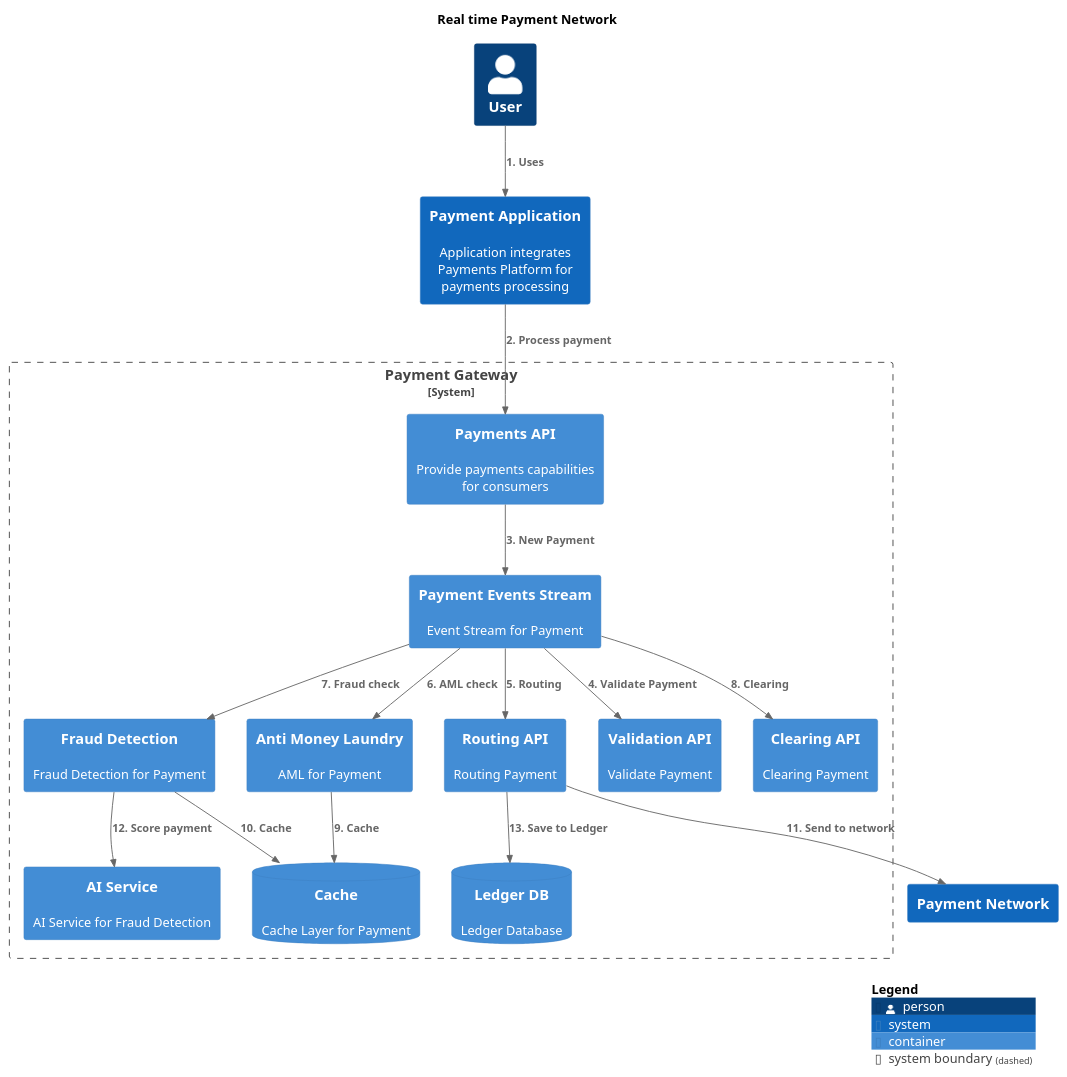
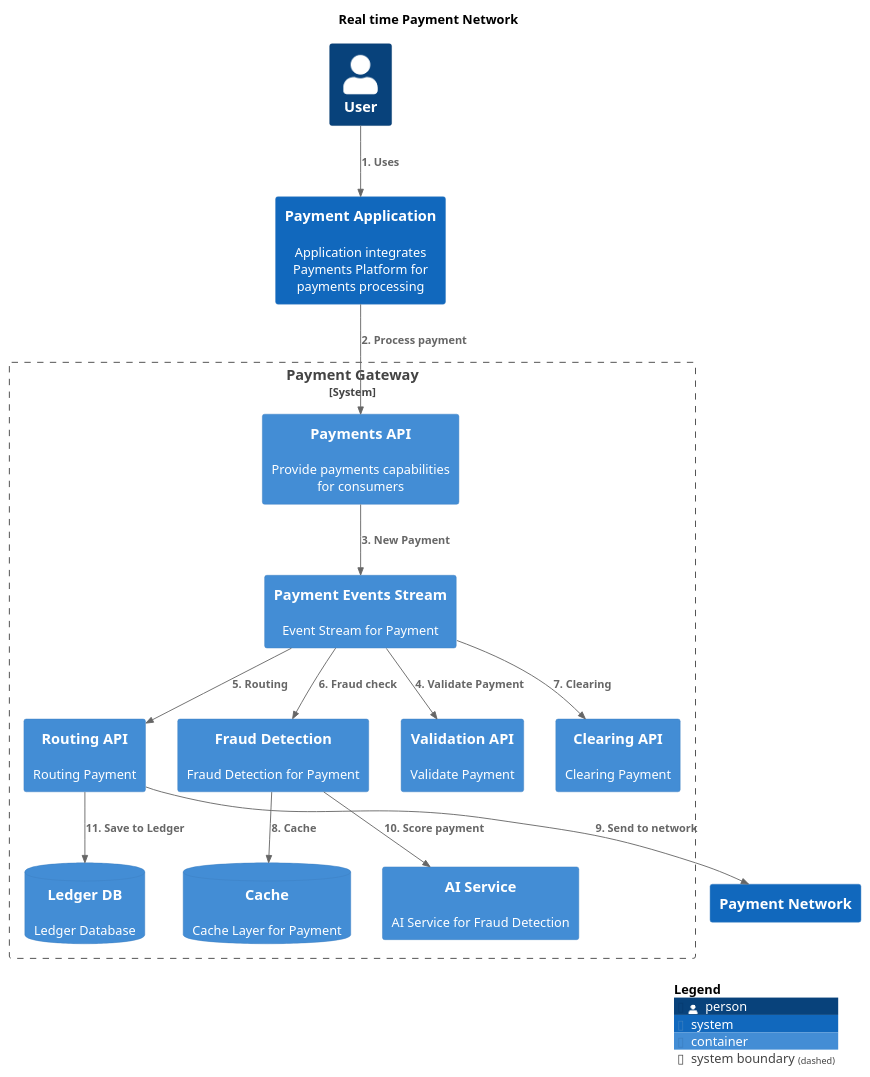
One commit to mmelnyk-godaddy/architecture-repository changed the diagram in master/puml/RealTimePaymentNetworkFlow.puml. Above: the diagram before and after it, drawn with PlantUML. The commit also changed 27 other files, not shown here.

Commit message:
Deploying to gh-pages from @ mmelnyk-godaddy/architecture-repository@c30017acba7426f622760dd580a4e1645b163e97 🚀

```diff
--- a/master/puml/RealTimePaymentNetworkFlow.puml
+++ b/master/puml/RealTimePaymentNetworkFlow.puml
@@ -1,43 +1,40 @@
 @startuml
 set separator none
 title Real time Payment Network
 
 top to bottom direction
 
 !include <C4/C4>
 !include <C4/C4_Context>
 !include <C4/C4_Container>
 
 System_Boundary("PaymentGateway_boundary", "Payment Gateway", $tags="") {
   Container(PaymentGateway.PaymentEventsStream, "Payment Events Stream", $techn="", $descr="Event Stream for Payment", $tags="", $link="")
   ContainerDb(PaymentGateway.Cache, "Cache", $techn="", $descr="Cache Layer for Payment", $tags="", $link="")
   Container(PaymentGateway.RoutingAPI, "Routing API", $techn="", $descr="Routing Payment", $tags="", $link="")
-  Container(PaymentGateway.AntiMoneyLaundry, "Anti Money Laundry", $techn="", $descr="AML for Payment", $tags="", $link="")
   Container(PaymentGateway.FraudDetection, "Fraud Detection", $techn="", $descr="Fraud Detection for Payment", $tags="", $link="")
   Container(PaymentGateway.AIService, "AI Service", $techn="", $descr="AI Service for Fraud Detection", $tags="", $link="")
   ContainerDb(PaymentGateway.LedgerDB, "Ledger DB", $techn="", $descr="Ledger Database", $tags="", $link="")
   Container(PaymentGateway.PaymentsAPI, "Payments API", $techn="", $descr="Provide payments capabilities for consumers", $tags="", $link="")
   Container(PaymentGateway.ValidationAPI, "Validation API", $techn="", $descr="Validate Payment", $tags="", $link="")
   Container(PaymentGateway.ClearingAPI, "Clearing API", $techn="", $descr="Clearing Payment", $tags="", $link="")
 }
 
 Person(User, "User", $descr="", $tags="", $link="")
 System(PaymentApplication, "Payment Application", $descr="Application integrates Payments Platform for payments processing", $tags="", $link="")
 System(PaymentNetwork, "Payment Network", $descr="", $tags="", $link="")
 
 Rel(User, PaymentApplication, "1. Uses", $techn="", $tags="", $link="")
 Rel(PaymentApplication, PaymentGateway.PaymentsAPI, "2. Process payment", $techn="", $tags="", $link="")
 Rel(PaymentGateway.PaymentsAPI, PaymentGateway.PaymentEventsStream, "3. New Payment", $techn="", $tags="", $link="")
 Rel(PaymentGateway.PaymentEventsStream, PaymentGateway.ValidationAPI, "4. Validate Payment", $techn="", $tags="", $link="")
 Rel(PaymentGateway.PaymentEventsStream, PaymentGateway.RoutingAPI, "5. Routing", $techn="", $tags="", $link="")
-Rel(PaymentGateway.PaymentEventsStream, PaymentGateway.AntiMoneyLaundry, "6. AML check", $techn="", $tags="", $link="")
-Rel(PaymentGateway.PaymentEventsStream, PaymentGateway.FraudDetection, "7. Fraud check", $techn="", $tags="", $link="")
-Rel(PaymentGateway.PaymentEventsStream, PaymentGateway.ClearingAPI, "8. Clearing", $techn="", $tags="", $link="")
-Rel(PaymentGateway.AntiMoneyLaundry, PaymentGateway.Cache, "9. Cache", $techn="", $tags="", $link="")
-Rel(PaymentGateway.FraudDetection, PaymentGateway.Cache, "10. Cache", $techn="", $tags="", $link="")
-Rel(PaymentGateway.RoutingAPI, PaymentNetwork, "11. Send to network", $techn="", $tags="", $link="")
-Rel(PaymentGateway.FraudDetection, PaymentGateway.AIService, "12. Score payment", $techn="", $tags="", $link="")
-Rel(PaymentGateway.RoutingAPI, PaymentGateway.LedgerDB, "13. Save to Ledger", $techn="", $tags="", $link="")
+Rel(PaymentGateway.PaymentEventsStream, PaymentGateway.FraudDetection, "6. Fraud check", $techn="", $tags="", $link="")
+Rel(PaymentGateway.PaymentEventsStream, PaymentGateway.ClearingAPI, "7. Clearing", $techn="", $tags="", $link="")
+Rel(PaymentGateway.FraudDetection, PaymentGateway.Cache, "8. Cache", $techn="", $tags="", $link="")
+Rel(PaymentGateway.RoutingAPI, PaymentNetwork, "9. Send to network", $techn="", $tags="", $link="")
+Rel(PaymentGateway.FraudDetection, PaymentGateway.AIService, "10. Score payment", $techn="", $tags="", $link="")
+Rel(PaymentGateway.RoutingAPI, PaymentGateway.LedgerDB, "11. Save to Ledger", $techn="", $tags="", $link="")
 
 SHOW_LEGEND(true)
 @enduml
```
